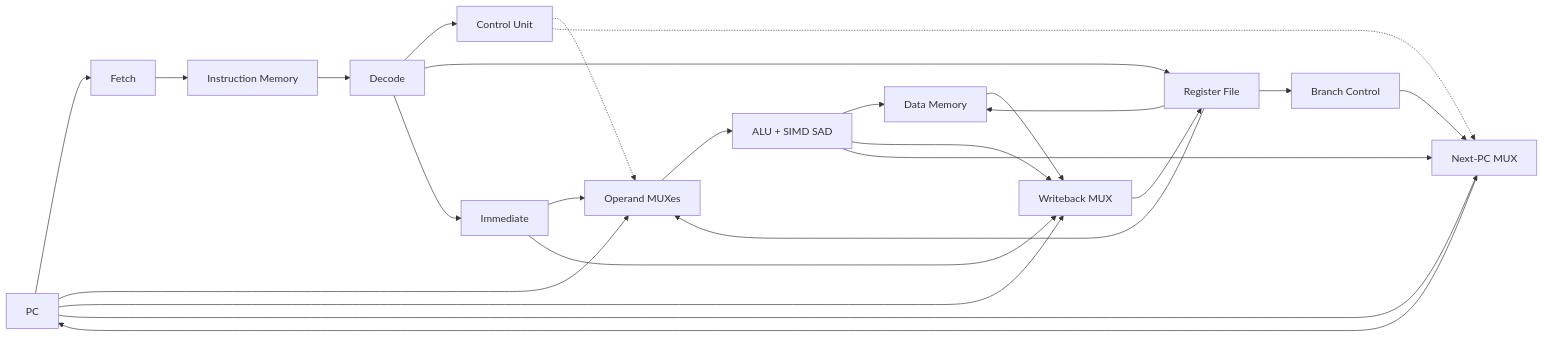
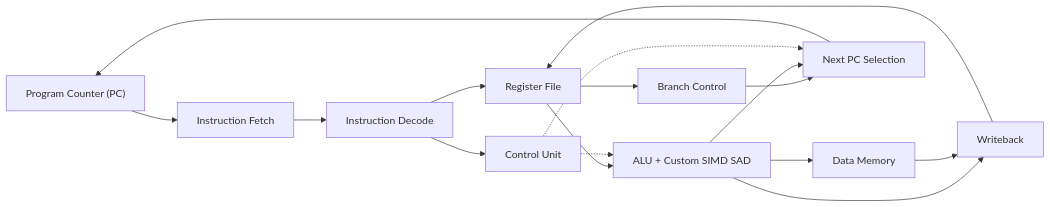
Before and after one commit to RL-Hillman/RV32I-Single-Cycle-CPU: the first of 2 diagrams in README.md, drawn with Mermaid. The commit also changed other lines of this file, not shown here.

````diff
--- a/README.md
+++ b/README.md
@@ -30,27 +36,21 @@
 ```mermaid
 flowchart LR
-    PC["PC"] --> F["Fetch"]
-    F --> IM["Instruction Memory"]
-    IM --> D["Decode"]
-    D --> CU["Control Unit"]
-    D --> RF["Register File"]
-    D --> IMM["Immediate"]
-    RF --> O["Operand MUXes"]
-    IMM --> O
-    PC --> O
-    CU -.-> O
-    O --> ALU["ALU + SIMD SAD"]
+    PC["Program Counter (PC)"] --> FETCH["Instruction Fetch"]
+    FETCH --> DECODE["Instruction Decode"]
+    DECODE --> RF["Register File"]
+    DECODE --> CTRL["Control Unit"]
+
+    RF --> ALU["ALU + Custom SIMD SAD"]
+    CTRL -.-> ALU
+
     ALU --> DM["Data Memory"]
-    RF --> DM
-    ALU --> WB["Writeback MUX"]
+    ALU --> WB["Writeback"]
     DM --> WB
-    IMM --> WB
-    PC --> WB
     WB --> RF
-    RF --> BC["Branch Control"]
-    BC --> NEXT["Next-PC MUX"]
+
+    RF --> BR["Branch Control"]
+    BR --> NEXT["Next PC Selection"]
     ALU --> NEXT
-    PC --> NEXT
-    CU -.-> NEXT
+    CTRL -.-> NEXT
     NEXT --> PC
 ```
````
